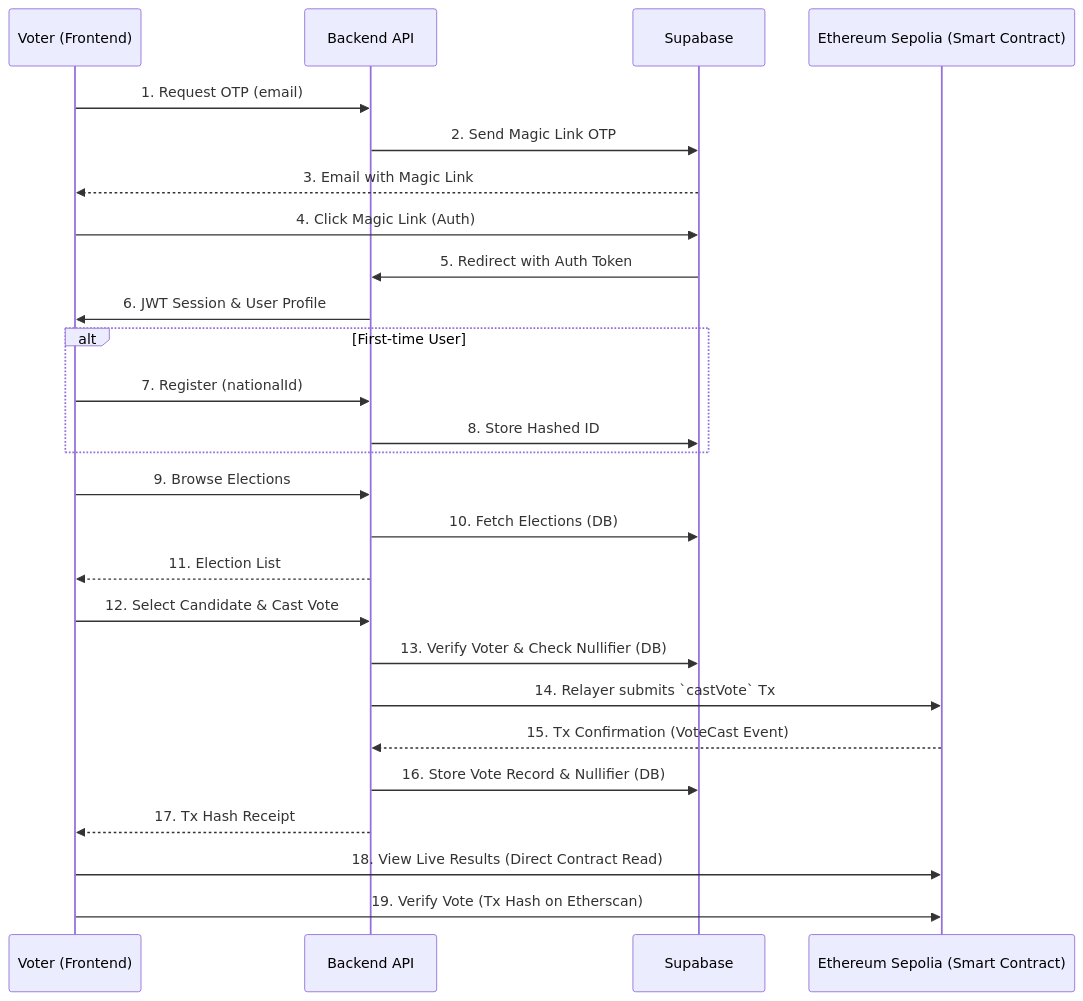
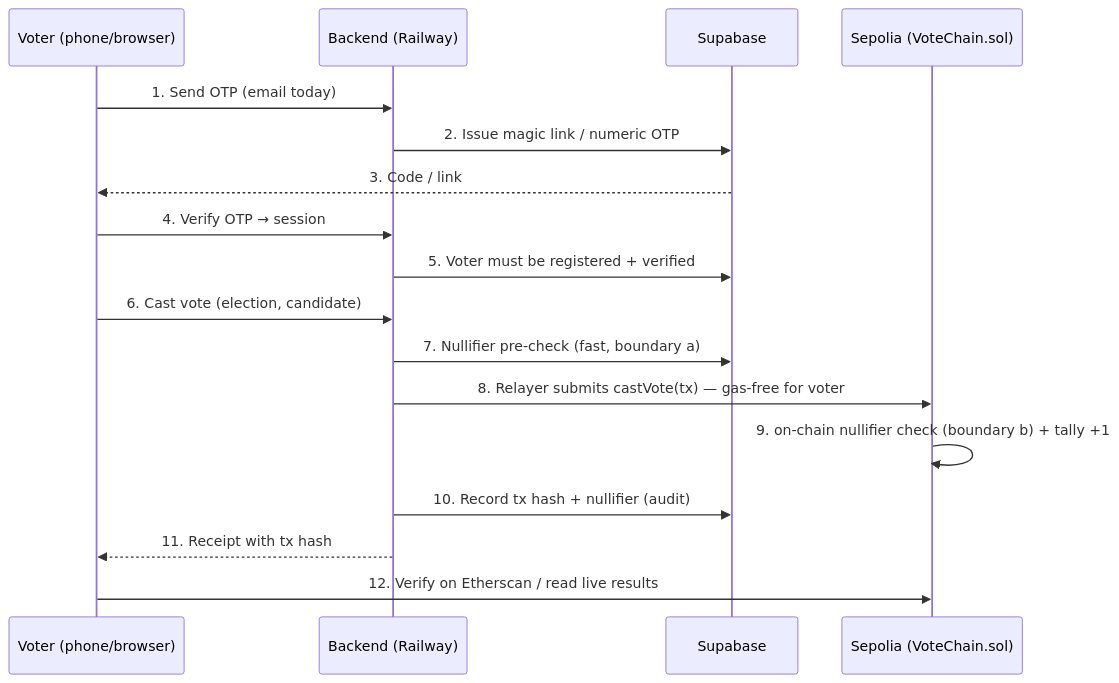
Before and after one commit to dmuhoro/Votechain: the diagram in README.md, drawn with Mermaid. The commit also changed other lines of this file, not shown here.

First line of the commit message:
docs(README): rewrite for LIVE stack, capabilities, use-cases, roadmap

````diff
--- a/README.md
+++ b/README.md
@@ -203,33 +78,19 @@
 ```mermaid
 sequenceDiagram
-    participant V as Voter (Frontend)
-    participant B as Backend API
+    participant V as Voter (phone/browser)
+    participant B as Backend (Railway)
     participant S as Supabase
-    participant E as Ethereum Sepolia (Smart Contract)
-
-    V->>B: 1. Request OTP (email)
-    B->>S: 2. Send Magic Link OTP
-    S-->>V: 3. Email with Magic Link
-    V->>S: 4. Click Magic Link (Auth)
-    S->>B: 5. Redirect with Auth Token
-    B->>V: 6. JWT Session & User Profile
-
-    alt First-time User
-        V->>B: 7. Register (nationalId)
-        B->>S: 8. Store Hashed ID
-    end
-
-    V->>B: 9. Browse Elections
-    B->>S: 10. Fetch Elections (DB)
-    B-->>V: 11. Election List
-
-    V->>B: 12. Select Candidate & Cast Vote
-    B->>S: 13. Verify Voter & Check Nullifier (DB)
-    B->>E: 14. Relayer submits `castVote` Tx
-    E-->>B: 15. Tx Confirmation (VoteCast Event)
-    B->>S: 16. Store Vote Record & Nullifier (DB)
-    B-->>V: 17. Tx Hash Receipt
-
-    V->>E: 18. View Live Results (Direct Contract Read)
-    V->>E: 19. Verify Vote (Tx Hash on Etherscan)
+    participant E as Sepolia (VoteChain.sol)
+    V->>B: 1. Send OTP (email today)
+    B->>S: 2. Issue magic link / numeric OTP
+    S-->>V: 3. Code / link
+    V->>B: 4. Verify OTP → session
+    B->>S: 5. Voter must be registered + verified
+    V->>B: 6. Cast vote (election, candidate)
+    B->>S: 7. Nullifier pre-check (fast, boundary a)
+    B->>E: 8. Relayer submits castVote(tx) — gas-free for voter
+    E->>E: 9. on-chain nullifier check (boundary b) + tally +1
+    B->>S: 10. Record tx hash + nullifier (audit)
+    B-->>V: 11. Receipt with tx hash
+    V->>E: 12. Verify on Etherscan / read live results
 ```
````
